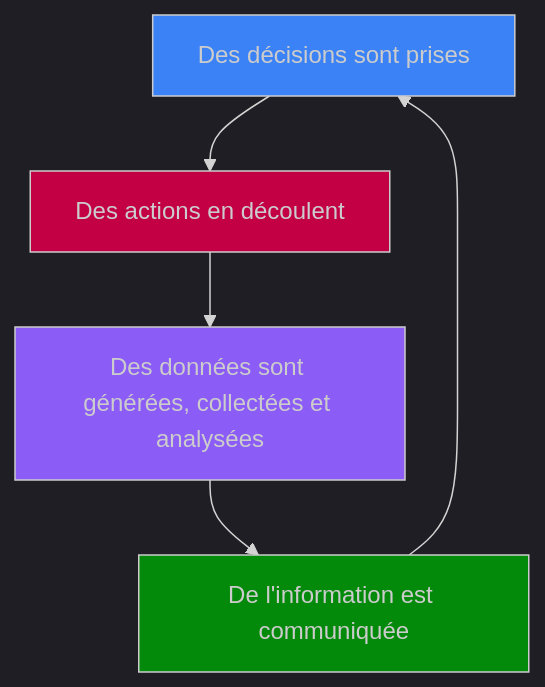
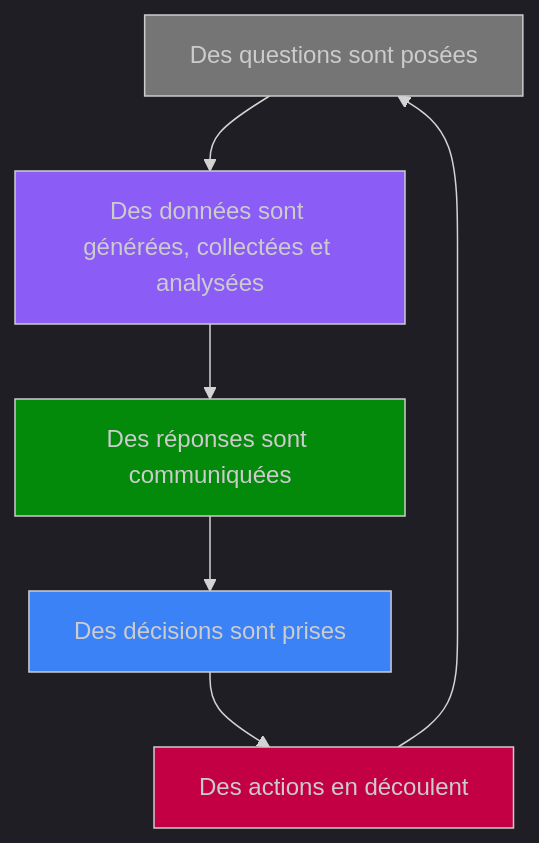
One commit to Konilo/the-data-pipeline changed the diagram in the-data-pipeline/src/content/pages/fr/introduction.mdx. Above: the diagram before and after it, drawn with Mermaid. The commit also changed other lines of this file and 12 other files, not shown here.

````diff
--- a/the-data-pipeline/src/content/pages/fr/introduction.mdx
+++ b/the-data-pipeline/src/content/pages/fr/introduction.mdx
@@ -12,17 +12,19 @@
 ```mermaid
 ---
 config:
   layout: dagre
   theme: dark
 ---
 flowchart TB
+    X --> C["Des données sont générées, collectées et analysées"]
     A["Des décisions sont prises"] --> B["Des actions en découlent"]
-    B --> C["Des données sont générées, collectées et analysées"]
-    C --> D["De l'information est communiquée"]
+    B --> X["Des questions sont posées"]
+    C --> D["Des réponses sont communiquées"]
     D --> A
 
+    style X fill:#757575,color:none
     style A fill:#3b82f6,color:none
     style B fill:#c40045,color:none
     style C fill:#8b5cf6,color:none
     style D fill:#038a0a,color:none
 ```
````
